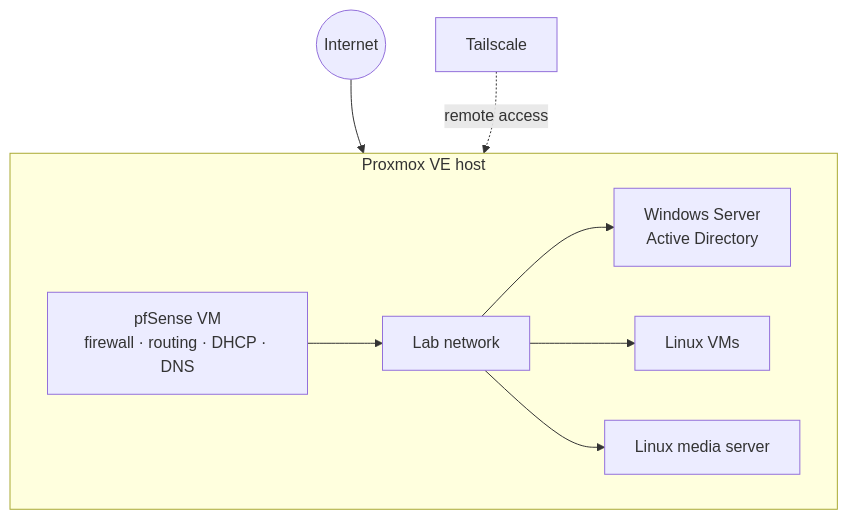
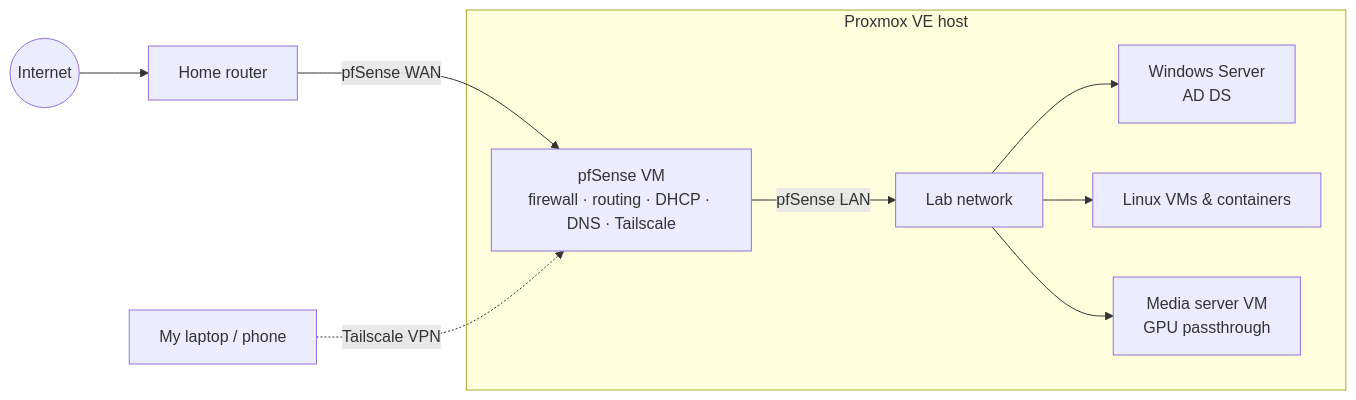
One commit to Ismael0550/homelab changed the diagram in README.md. Above: the diagram before and after it, drawn with Mermaid. The commit also changed other lines of this file, not shown here.

Commit message:
Expand homelab documentation and architecture diagram

````diff
--- a/README.md
+++ b/README.md
@@ -22,12 +13,12 @@
 ```mermaid
-flowchart TD
-    Internet((Internet)) --> PVE
+flowchart LR
+    NET((Internet)) --> HR[Home router]
+    HR -- pfSense WAN --> PF
+    REMOTE[My laptop / phone] -. Tailscale VPN .-> PF
     subgraph PVE[Proxmox VE host]
-        PF[pfSense VM<br/>firewall · routing · DHCP · DNS]
-        PF --> LAN[Lab network]
-        LAN --> DC[Windows Server<br/>Active Directory]
-        LAN --> LNX[Linux VMs]
-        LAN --> MEDIA[Linux media server]
+        PF[pfSense VM<br/>firewall · routing · DHCP · DNS · Tailscale] -- pfSense LAN --> LAN[Lab network]
+        LAN --> DC[Windows Server<br/>AD DS]
+        LAN --> LNX[Linux VMs & containers]
+        LAN --> MEDIA[Media server VM<br/>GPU passthrough]
     end
-    TS[Tailscale] -. remote access .-> PVE
 ```
````
